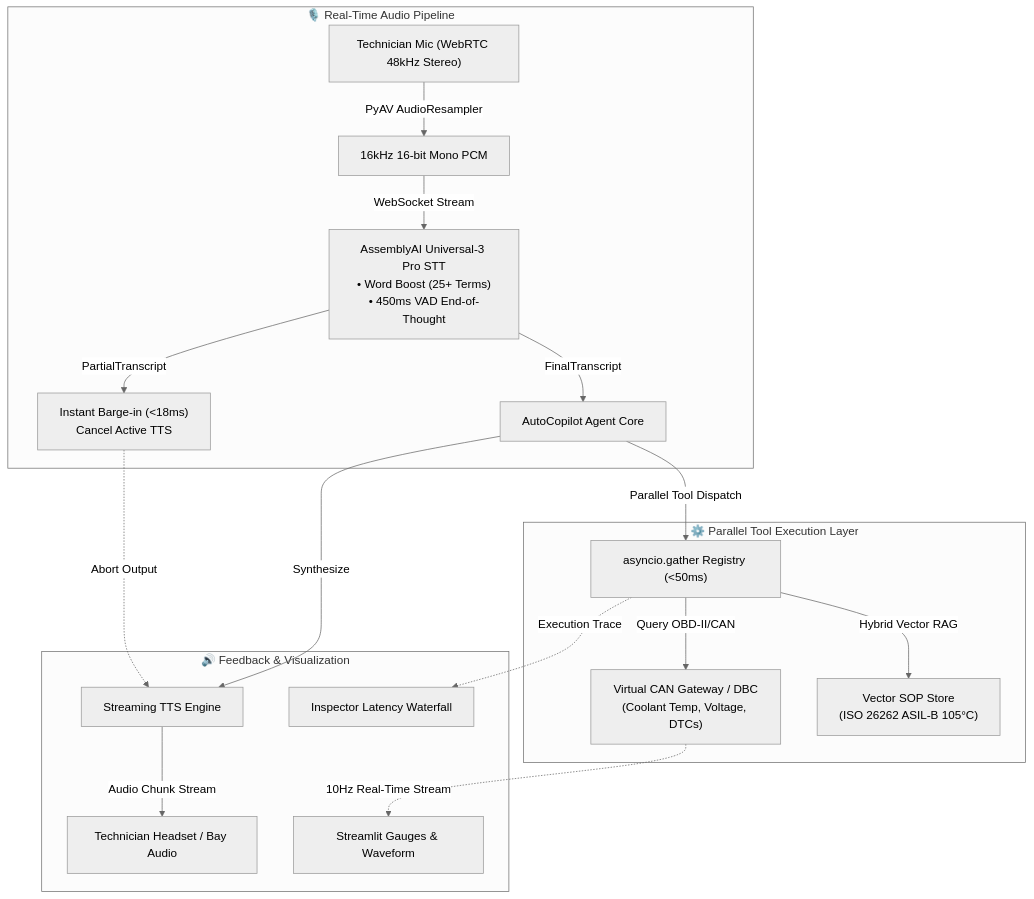
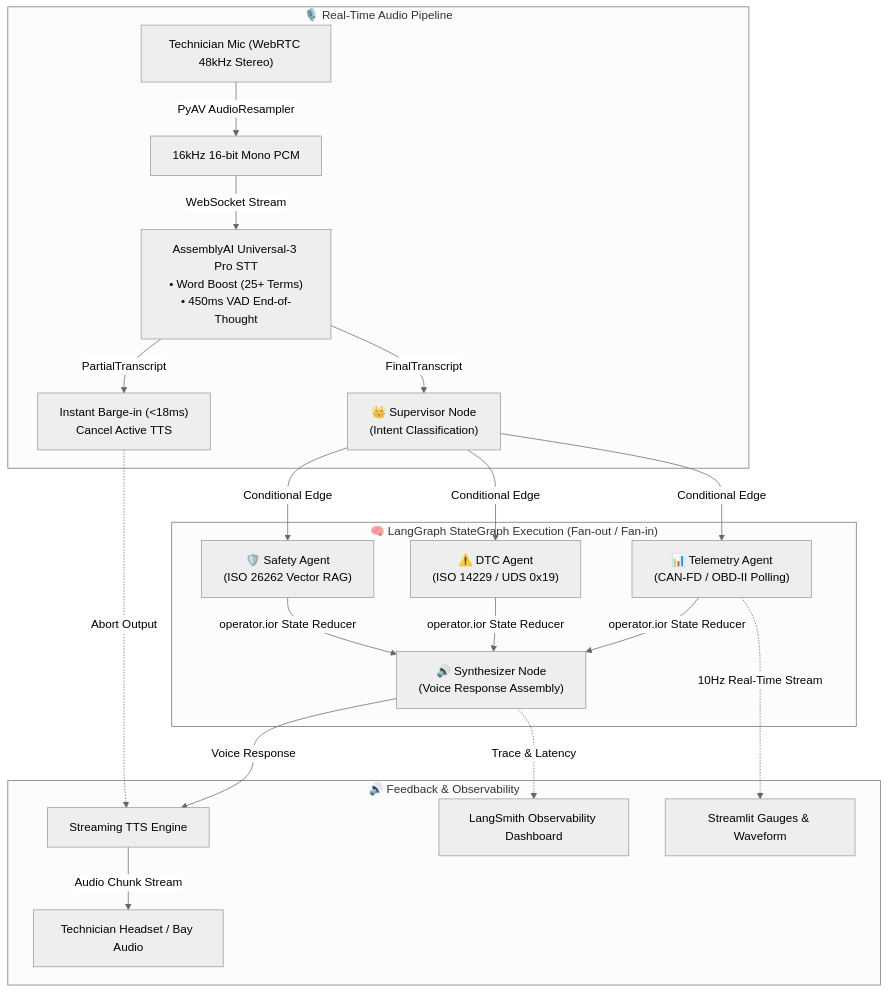
The diagram in auto_copilot/README.md (jackhu24-ship-it/ai-free), drawn with Mermaid (neutral theme) before and after one commit. The commit also changed other lines of this file and 3 other files, not shown here.

Commit message:
feat(autocopilot): implement LangGraph StateGraph multi-agent architecture

````diff
--- a/auto_copilot/README.md
+++ b/auto_copilot/README.md
@@ -48,23 +49,27 @@
 ```mermaid
 flowchart TD
     subgraph Audio_Pipeline ["🎙️ Real-Time Audio Pipeline"]
         Mic["Technician Mic (WebRTC 48kHz Stereo)"] -->|PyAV AudioResampler| Resample["16kHz 16-bit Mono PCM"]
         Resample -->|WebSocket Stream| AAI["AssemblyAI Universal-3 Pro STT\n• Word Boost (25+ Terms)\n• 450ms VAD End-of-Thought"]
         AAI -->|PartialTranscript| BargeIn["Instant Barge-in (<18ms)\nCancel Active TTS"]
-        AAI -->|FinalTranscript| Agent["AutoCopilot Agent Core"]
+        AAI -->|FinalTranscript| Supervisor["👑 Supervisor Node\n(Intent Classification)"]
     end
 
-    subgraph Tool_Execution ["⚙️ Parallel Tool Execution Layer"]
-        Agent -->|Parallel Tool Dispatch| Dispatcher["asyncio.gather Registry (<50ms)"]
-        Dispatcher -->|Query OBD-II/CAN| CAN["Virtual CAN Gateway / DBC\n(Coolant Temp, Voltage, DTCs)"]
-        Dispatcher -->|Hybrid Vector RAG| RAG["Vector SOP Store\n(ISO 26262 ASIL-B 105°C)"]
+    subgraph LangGraph_MultiAgent ["🧠 LangGraph StateGraph Execution (Fan-out / Fan-in)"]
+        Supervisor -->|Conditional Edge| Telemetry["📊 Telemetry Agent\n(CAN-FD / OBD-II Polling)"]
+        Supervisor -->|Conditional Edge| DTC["⚠️ DTC Agent\n(ISO 14229 / UDS 0x19)"]
+        Supervisor -->|Conditional Edge| Safety["🛡️ Safety Agent\n(ISO 26262 Vector RAG)"]
+        
+        Telemetry -->|operator.ior State Reducer| Synthesizer["🔊 Synthesizer Node\n(Voice Response Assembly)"]
+        DTC -->|operator.ior State Reducer| Synthesizer
+        Safety -->|operator.ior State Reducer| Synthesizer
     end
 
-    subgraph Feedback_Layer ["🔊 Feedback & Visualization"]
-        Agent -->|Synthesize| TTS["Streaming TTS Engine"]
+    subgraph Feedback_Layer ["🔊 Feedback & Observability"]
+        Synthesizer -->|Voice Response| TTS["Streaming TTS Engine"]
         TTS -->|Audio Chunk Stream| Speaker["Technician Headset / Bay Audio"]
         BargeIn -.->|Abort Output| TTS
-        CAN -.->|10Hz Real-Time Stream| Gauges["Streamlit Gauges & Waveform"]
-        Dispatcher -.->|Execution Trace| Latency["Inspector Latency Waterfall"]
+        Synthesizer -.->|Trace & Latency| LangSmith["LangSmith Observability Dashboard"]
+        Telemetry -.->|10Hz Real-Time Stream| Gauges["Streamlit Gauges & Waveform"]
     end
 ```
````
